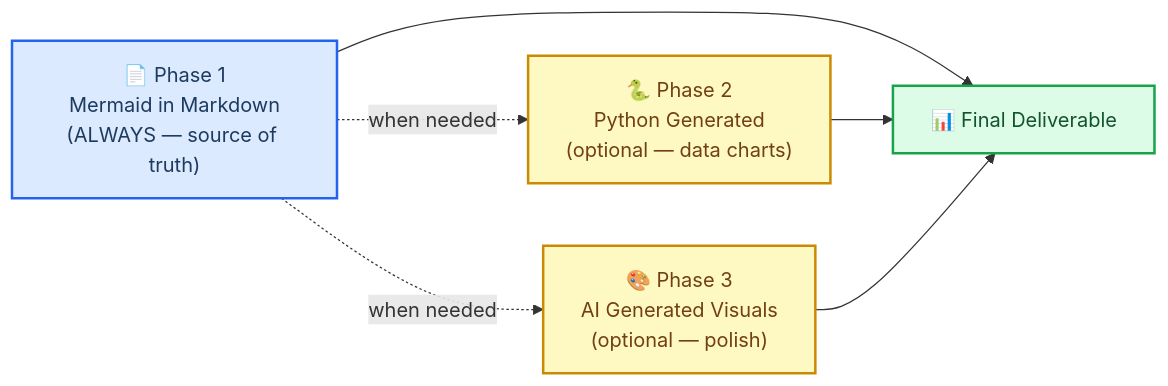
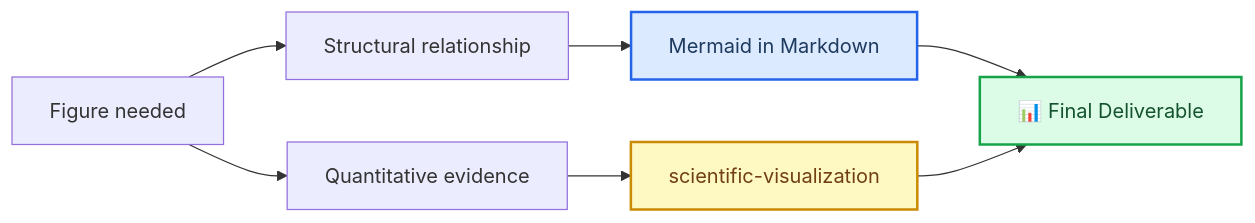
The first of 4 diagrams in plugins/research-core/skills/markdown-mermaid-writing/SKILL.md (timsmykov/evidence-lab-plugins), drawn with Mermaid before and after one commit. The commit also changed other lines of this file and 48 other files, not shown here.

````diff
--- a/plugins/research-core/skills/markdown-mermaid-writing/SKILL.md
+++ b/plugins/research-core/skills/markdown-mermaid-writing/SKILL.md
@@ -66,24 +61,23 @@
 ```mermaid
 flowchart LR
-    accTitle: Three-Phase Documentation Workflow
-    accDescr: Phase 1 Mermaid in markdown is always required and is the source of truth. Phases 2 and 3 are optional downstream conversions for polished output.
+    accTitle: Research Figure Routing
+    accDescr: Structural relationships route to Mermaid while quantitative evidence routes to scientific visualization.
 
-    p1["📄 Phase 1<br/>Mermaid in Markdown<br/>(ALWAYS — source of truth)"]
-    p2["🐍 Phase 2<br/>Python Generated<br/>(optional — data charts)"]
-    p3["🎨 Phase 3<br/>AI Generated Visuals<br/>(optional — polish)"]
+    need["Figure needed"]
+    structure["Structural relationship"]
+    data["Quantitative evidence"]
+    p1["Mermaid in Markdown"]
+    p2["scientific-visualization"]
     out["📊 Final Deliverable"]
 
-    p1 --> out
-    p1 -.->|"when needed"| p2
-    p1 -.->|"when needed"| p3
-    p2 --> out
-    p3 --> out
+    need --> structure --> p1 --> out
+    need --> data --> p2 --> out
 
     classDef required fill:#dbeafe,stroke:#2563eb,stroke-width:2px,color:#1e3a5f
     classDef optional fill:#fef9c3,stroke:#ca8a04,stroke-width:2px,color:#713f12
     classDef output fill:#dcfce7,stroke:#16a34a,stroke-width:2px,color:#14532d
 
     class p1 required
-    class p2,p3 optional
+    class p2 optional
     class out output
 ```
````
